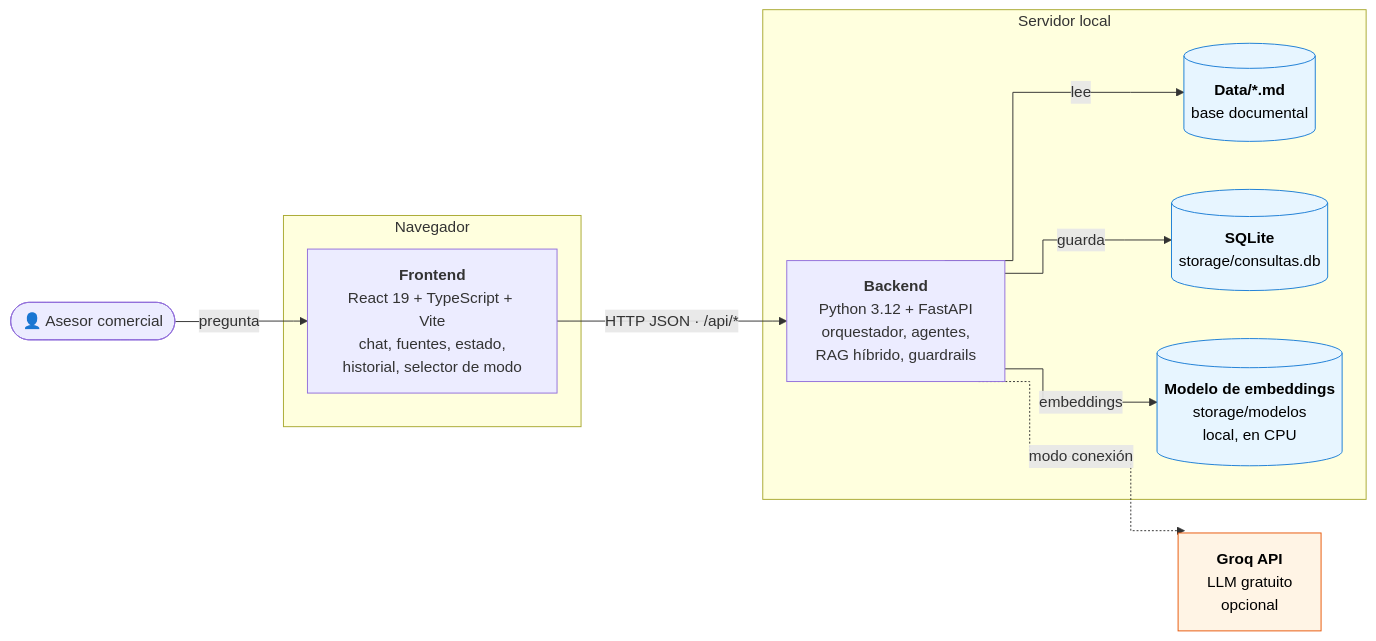
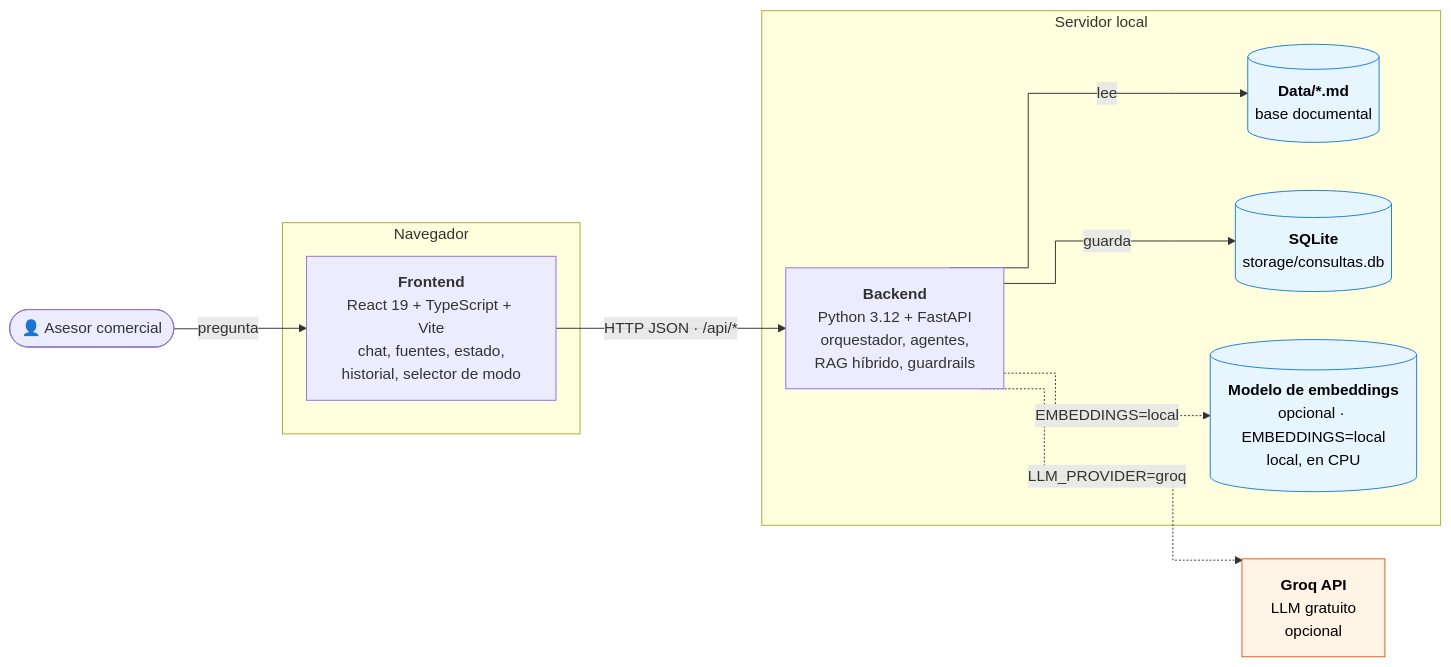
One commit to DanlerLo/Asistente_Asesores_PruebaTecnica changed the first of 3 diagrams in README.md. Above: the diagram before and after it, drawn with Mermaid. The commit also changed other lines of this file and 3 other files, not shown here.

````diff
--- a/README.md
+++ b/README.md
@@ -22,30 +20,30 @@
 ```mermaid
 %%{init: {"flowchart": {"curve": "step"}}}%%
 flowchart LR
     ASESOR(["👤 Asesor comercial"])
 
     subgraph NAV["Navegador"]
         FE["<b>Frontend</b><br/>React 19 + TypeScript + Vite<br/>chat, fuentes, estado,<br/>historial, selector de modo"]
     end
 
     subgraph SRV["Servidor local"]
         BE["<b>Backend</b><br/>Python 3.12 + FastAPI<br/>orquestador, agentes,<br/>RAG híbrido, guardrails"]
         DATA[("<b>Data/*.md</b><br/>base documental")]
         DB[("<b>SQLite</b><br/>storage/consultas.db")]
-        MOD[("<b>Modelo de embeddings</b><br/>storage/modelos<br/>local, en CPU")]
+        MOD[("<b>Modelo de embeddings</b><br/>opcional · EMBEDDINGS=local<br/>local, en CPU")]
     end
 
     GROQ["<b>Groq API</b><br/>LLM gratuito<br/>opcional"]
 
     ASESOR -- "pregunta" --> FE
     FE -- "HTTP JSON · /api/*" --> BE
     BE -- "lee" --> DATA
     BE -- "guarda" --> DB
-    BE -- "embeddings" --> MOD
-    BE -. "modo conexión" .-> GROQ
+    BE -. "EMBEDDINGS=local" .-> MOD
+    BE -. "LLM_PROVIDER=groq" .-> GROQ
 
     classDef externo fill:#fff4e5,stroke:#e8590c,color:#000
     classDef datos fill:#e7f5ff,stroke:#1c7ed6,color:#000
     class GROQ externo
     class DATA,DB,MOD datos
 ```
````
